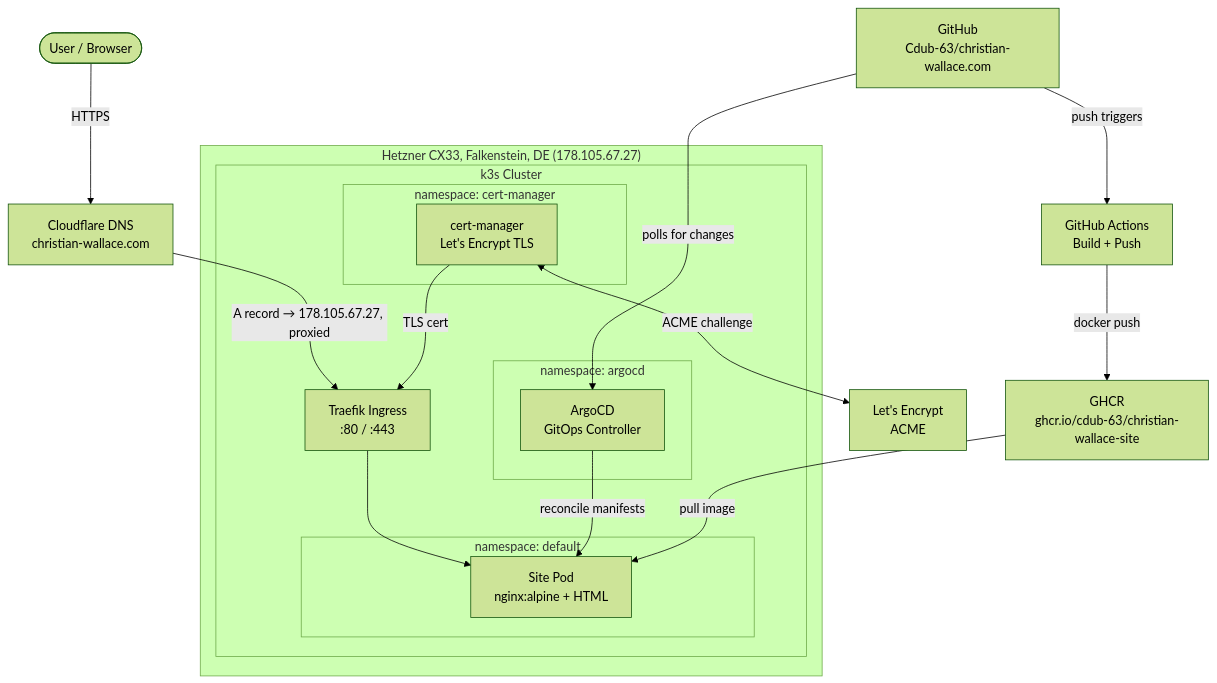
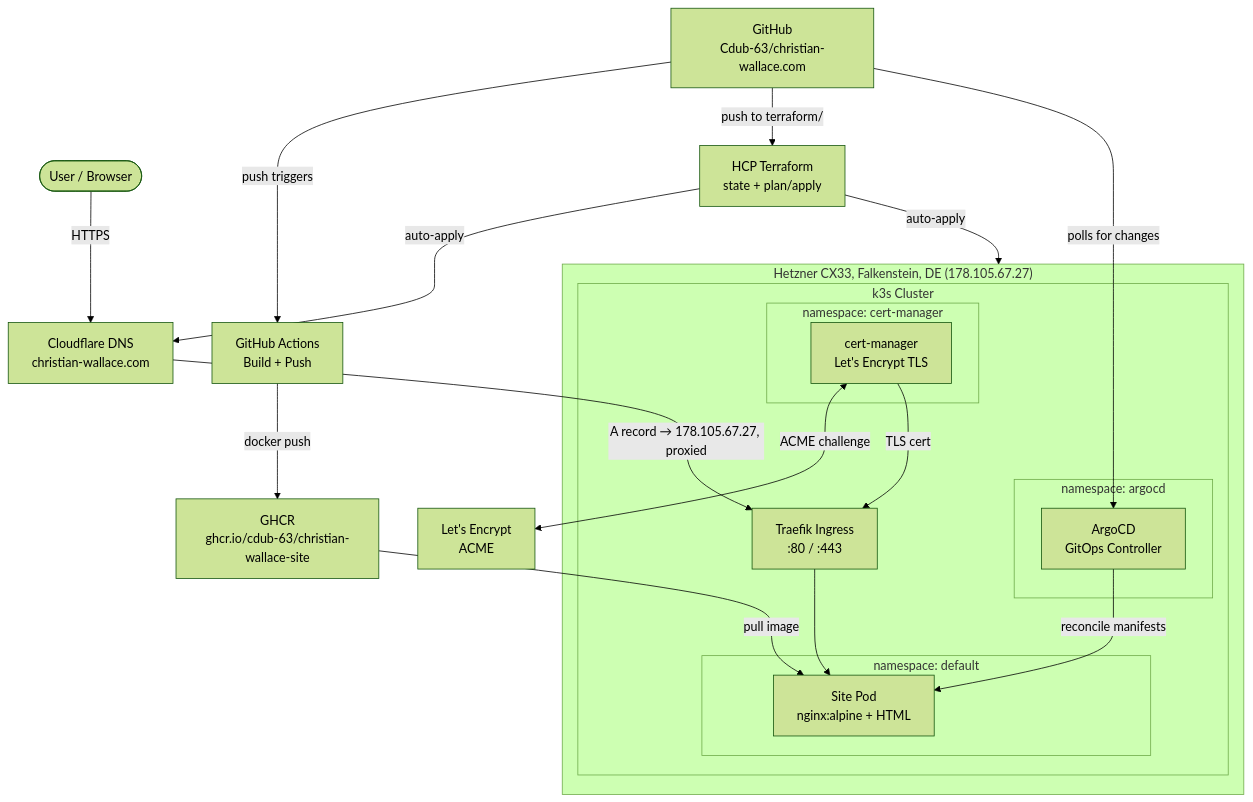
Before and after one commit to Cdub-63/christian-wallace.com: the diagram in README.md, drawn with Mermaid (forest theme). The commit also changed other lines of this file and 1 other file, not shown here.

Commit message:
Document HCP Terraform GitOps: tech stack, diagram, lessons learned

````diff
--- a/README.md
+++ b/README.md
@@ -26,39 +27,43 @@
 ```mermaid
 graph TB
     User([User / Browser])
     CF[Cloudflare DNS<br/>christian-wallace.com]
     GH[GitHub<br/>Cdub-63/christian-wallace.com]
     Actions[GitHub Actions<br/>Build + Push]
     GHCR[GHCR<br/>ghcr.io/cdub-63/christian-wallace-site]
+    HCP[HCP Terraform<br/>state + plan/apply]
 
     subgraph Hetzner ["Hetzner CX33, Falkenstein, DE (178.105.67.27)"]
         subgraph k3s ["k3s Cluster"]
             Traefik[Traefik Ingress<br/>:80 / :443]
 
             subgraph argocd-ns ["namespace: argocd"]
                 ArgoCD[ArgoCD<br/>GitOps Controller]
             end
 
             subgraph cert-ns ["namespace: cert-manager"]
                 CertManager[cert-manager<br/>Let's Encrypt TLS]
             end
 
             subgraph site-ns ["namespace: default"]
                 Site[Site Pod<br/>nginx:alpine + HTML]
             end
         end
     end
 
     LE[Let's Encrypt<br/>ACME]
 
     User -->|HTTPS| CF
     CF -->|A record → 178.105.67.27, proxied| Traefik
     Traefik --> Site
     GH -->|push triggers| Actions
+    GH -->|push to terraform/| HCP
+    HCP -->|auto-apply| Hetzner
+    HCP -->|auto-apply| CF
     Actions -->|docker push| GHCR
     GH -->|polls for changes| ArgoCD
     ArgoCD -->|reconcile manifests| Site
     GHCR -->|pull image| Site
     CertManager <-->|ACME challenge| LE
     CertManager -->|TLS cert| Traefik
 ```
````
